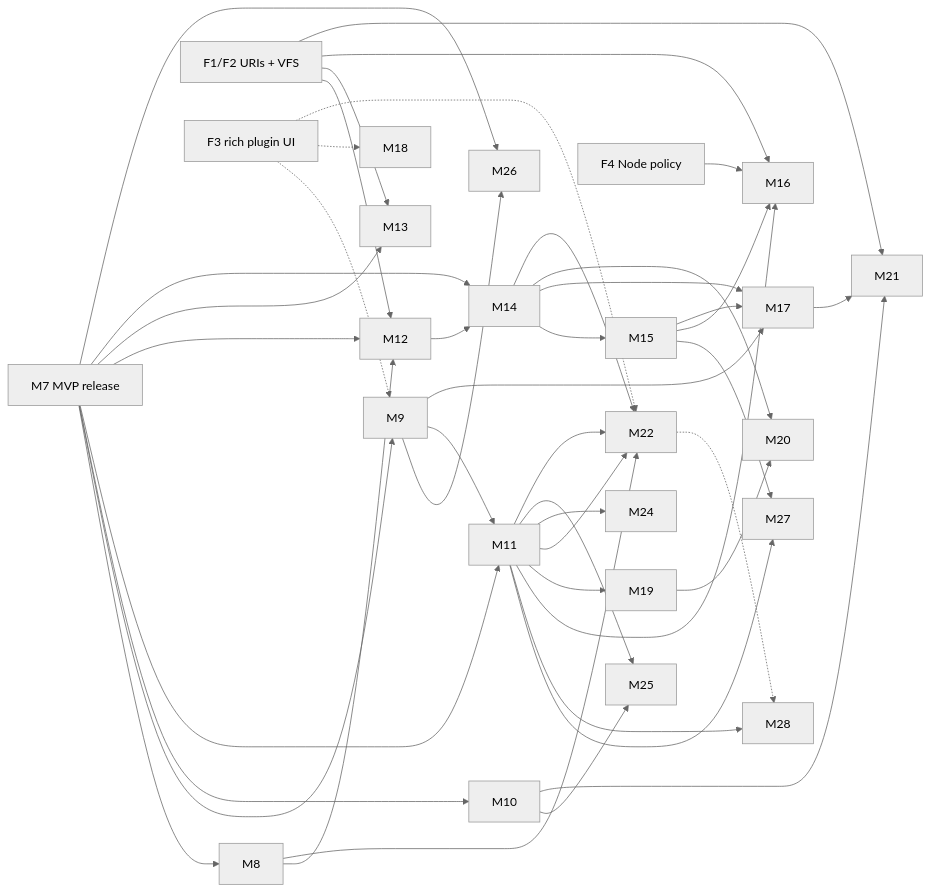
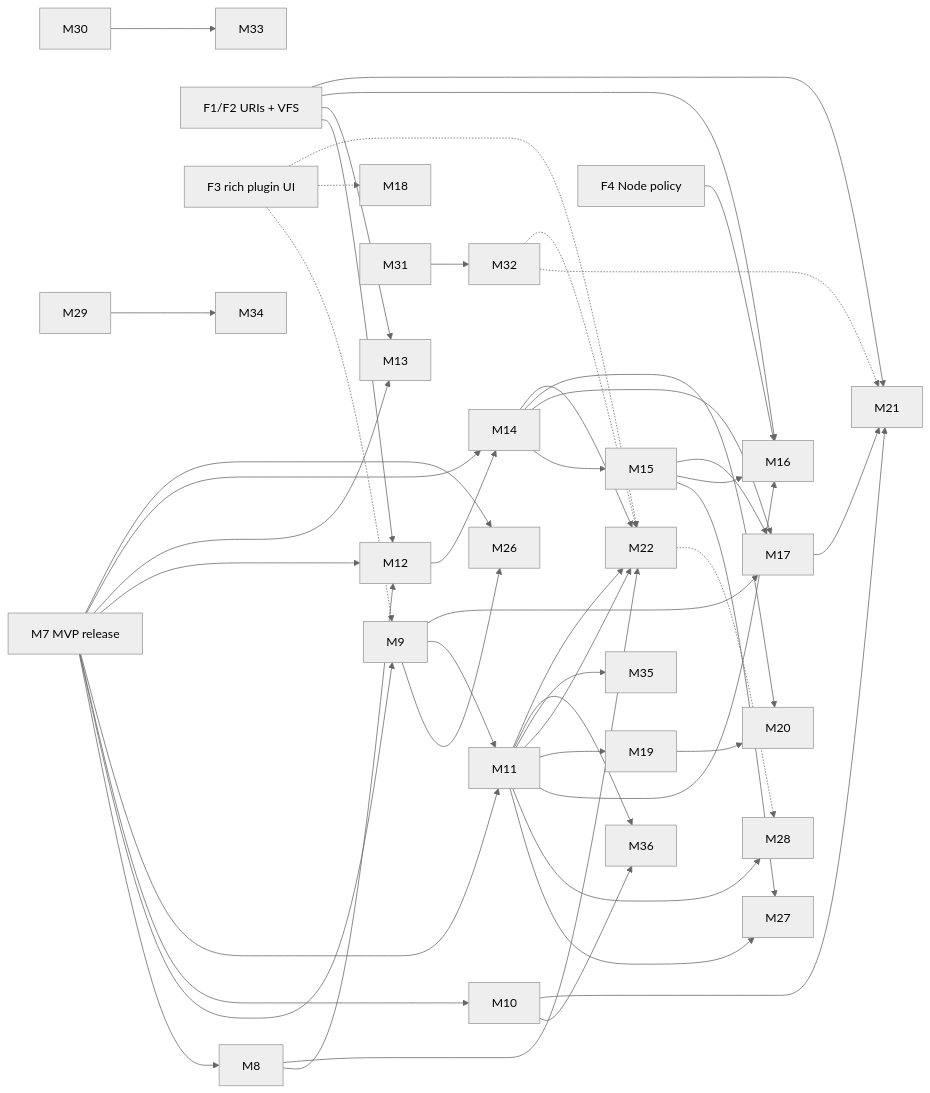
One commit to stavroskasidis/codalus-ide changed the diagram in docs/roadmap.md. Above: the diagram before and after it, drawn with Mermaid (neutral theme). The commit also changed other lines of this file, not shown here.

First line of the commit message:
Roadmap: platform and release phase, UI polish, VB and F# last

````diff
--- a/docs/roadmap.md
+++ b/docs/roadmap.md
@@ -132,26 +148,30 @@
 ```mermaid
 graph LR
   MVP[M7 MVP release] --> M8 & M9 & M10 & M11 & M12 & M13 & M14 & M26
   F1[F1/F2 URIs + VFS] --> M12 & M13 & M16 & M21
   M9 --> M26
   M11 --> M27
   M15 --> M27
   M22 -.-> M28
   M11 --> M28
   F3[F3 rich plugin UI] -.-> M9 & M18 & M22
   F4[F4 Node policy] --> M16
   M8 --> M12
   M9 --> M11
   M9 --> M17
-  M10 --> M25
+  M10 --> M36
   M10 --> M21
-  M11 --> M16 & M19 & M22 & M24 & M25
+  M11 --> M16 & M19 & M22 & M35 & M36
+  M30 --> M33
+  M31 --> M32
+  M32 -.-> M21 & M22
+  M29 --> M34
   M12 --> M14
   M14 --> M15
   M15 --> M16 & M17
   M14 --> M17
   M14 --> M20
   M19 --> M20
   M17 --> M21
   M8 & M11 & M14 --> M22
 ```
````
